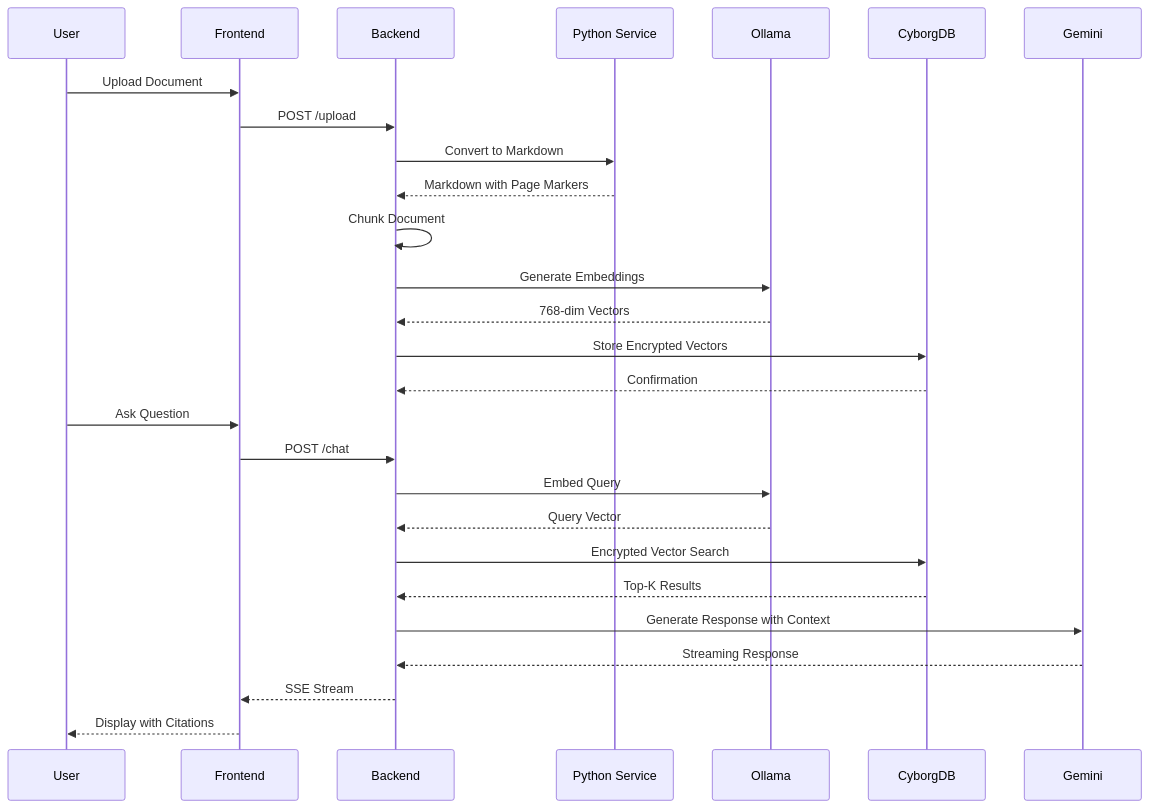
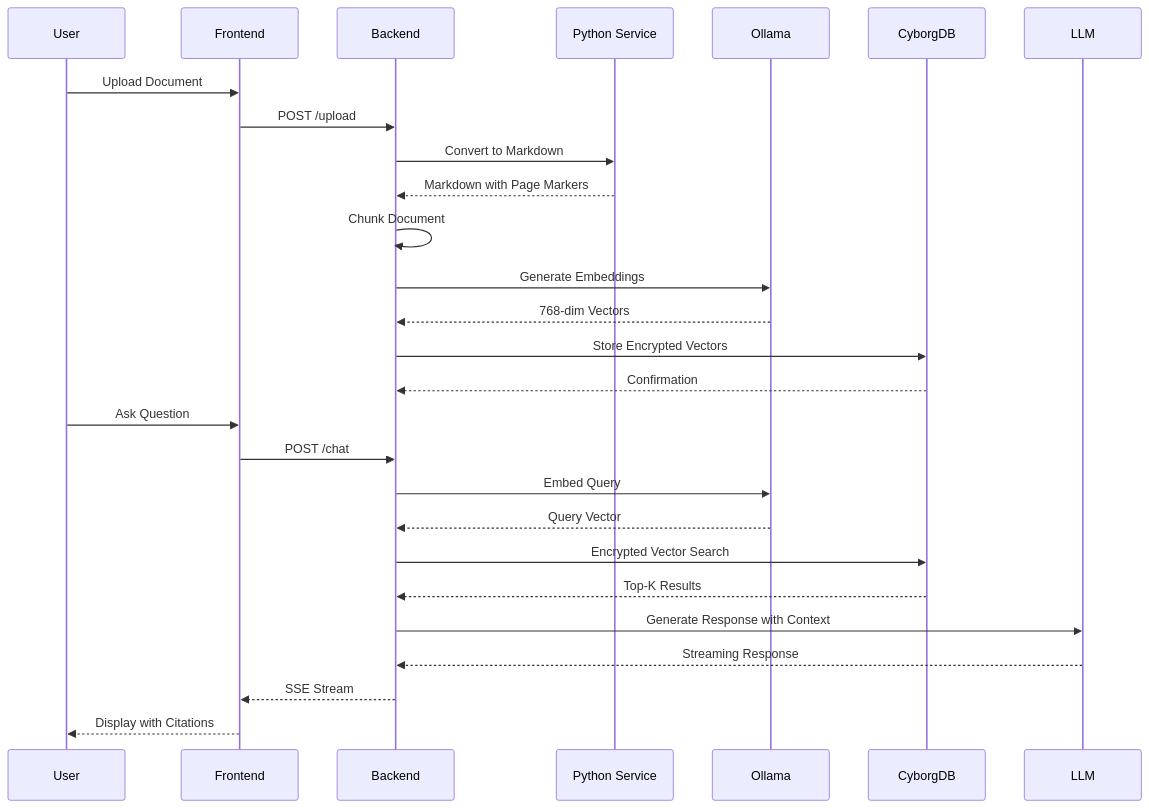
One commit to arpan-lol/Cyborg-DB changed the second of 2 diagrams in README.md. Above: the diagram before and after it, drawn with Mermaid. The commit also changed other lines of this file and 1 other file, not shown here.

````diff
--- a/README.md
+++ b/README.md
@@ -170,31 +171,31 @@
 ```mermaid
 sequenceDiagram
     participant U as User
     participant F as Frontend
     participant B as Backend
     participant P as Python Service
     participant O as Ollama
     participant C as CyborgDB
-    participant G as Gemini
+    participant G as LLM
 
     U->>F: Upload Document
     F->>B: POST /upload
     B->>P: Convert to Markdown
     P-->>B: Markdown with Page Markers
     B->>B: Chunk Document
     B->>O: Generate Embeddings
     O-->>B: 768-dim Vectors
     B->>C: Store Encrypted Vectors
     C-->>B: Confirmation
     
     U->>F: Ask Question
     F->>B: POST /chat
     B->>O: Embed Query
     O-->>B: Query Vector
     B->>C: Encrypted Vector Search
     C-->>B: Top-K Results
     B->>G: Generate Response with Context
     G-->>B: Streaming Response
     B-->>F: SSE Stream
     F-->>U: Display with Citations
 ```
````
